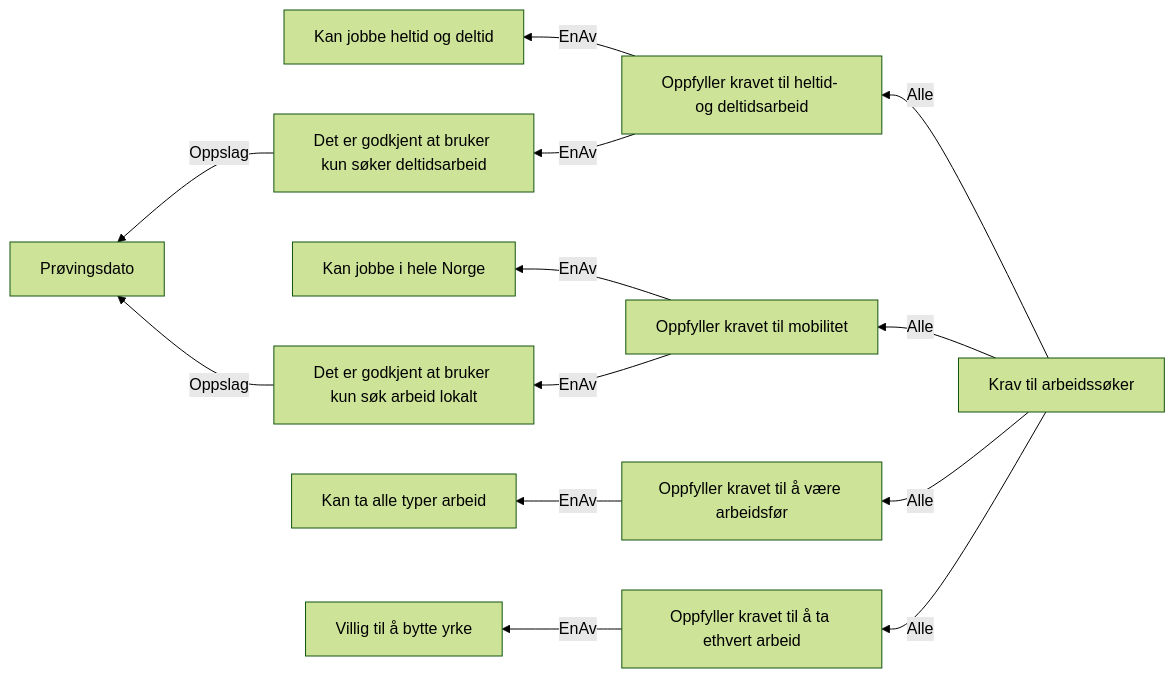
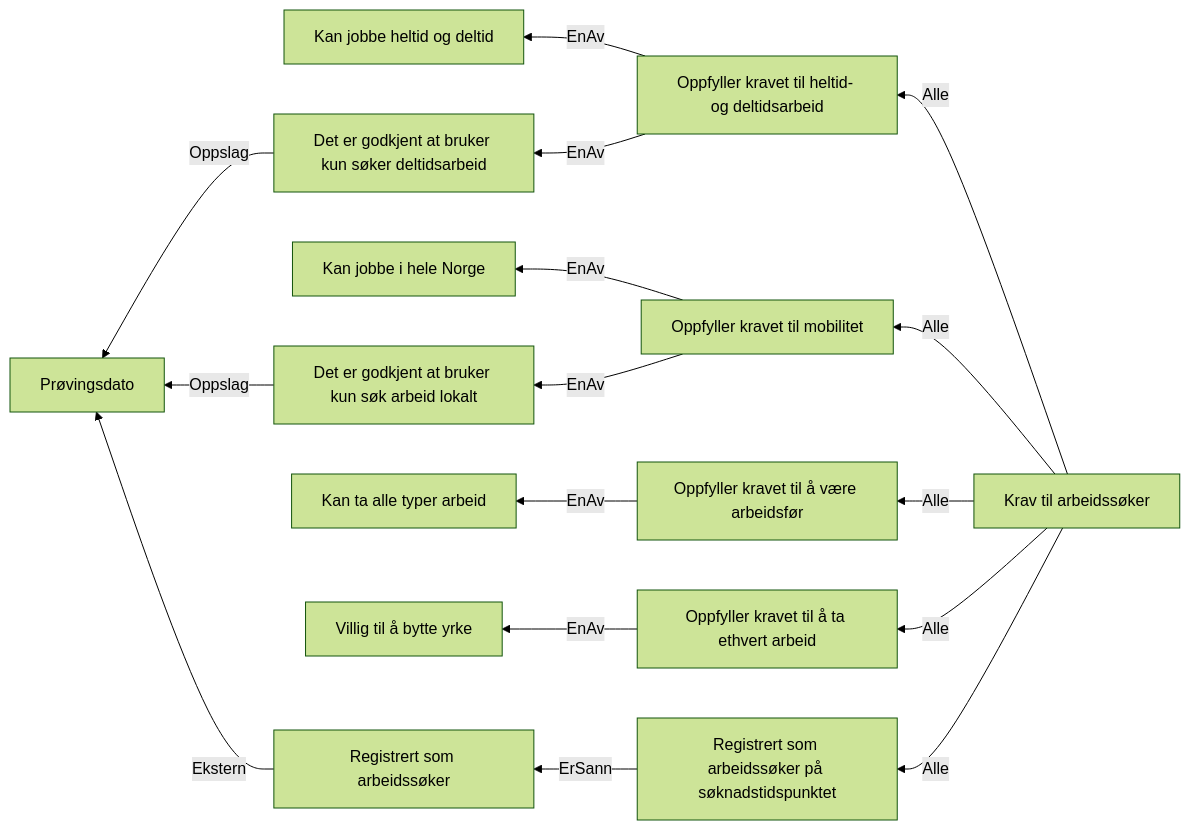
Before and after one commit to navikt/dp-vedtak: the diagram in docs/regler/§ 4-5. Reelle arbeidssøkere.approved.md, drawn with Mermaid (forest theme). The commit also changed other lines of this file and 14 other files, not shown here.

Commit message:
Snu pilene i reell arbeidssøker og flytt registreringssjekk fra meldeplikt til reell arbeidssøker

````diff
--- a/docs/regler/§ 4-5. Reelle arbeidssøkere.approved.md
+++ b/docs/regler/§ 4-5. Reelle arbeidssøkere.approved.md
@@ -5,15 +5,18 @@
 ```mermaid
 graph RL
   A["Det er godkjent at bruker kun søker deltidsarbeid"] -->|"Oppslag"| B["Prøvingsdato"]
   C["Det er godkjent at bruker kun søk arbeid lokalt"] -->|"Oppslag"| B["Prøvingsdato"]
   D["Oppfyller kravet til heltid- og deltidsarbeid"] -->|"EnAv"| E["Kan jobbe heltid og deltid"]
   D["Oppfyller kravet til heltid- og deltidsarbeid"] -->|"EnAv"| A["Det er godkjent at bruker kun søker deltidsarbeid"]
   F["Oppfyller kravet til mobilitet"] -->|"EnAv"| G["Kan jobbe i hele Norge"]
   F["Oppfyller kravet til mobilitet"] -->|"EnAv"| C["Det er godkjent at bruker kun søk arbeid lokalt"]
   H["Oppfyller kravet til å være arbeidsfør"] -->|"EnAv"| I["Kan ta alle typer arbeid"]
   J["Oppfyller kravet til å ta ethvert arbeid"] -->|"EnAv"| K["Villig til å bytte yrke"]
-  L["Krav til arbeidssøker"] -->|"Alle"| D["Oppfyller kravet til heltid- og deltidsarbeid"]
-  L["Krav til arbeidssøker"] -->|"Alle"| F["Oppfyller kravet til mobilitet"]
-  L["Krav til arbeidssøker"] -->|"Alle"| H["Oppfyller kravet til å være arbeidsfør"]
-  L["Krav til arbeidssøker"] -->|"Alle"| J["Oppfyller kravet til å ta ethvert arbeid"]
+  L["Registrert som arbeidssøker"] -->|"Ekstern"| B["Prøvingsdato"]
+  M["Registrert som arbeidssøker på søknadstidspunktet"] -->|"ErSann"| L["Registrert som arbeidssøker"]
+  N["Krav til arbeidssøker"] -->|"Alle"| D["Oppfyller kravet til heltid- og deltidsarbeid"]
+  N["Krav til arbeidssøker"] -->|"Alle"| F["Oppfyller kravet til mobilitet"]
+  N["Krav til arbeidssøker"] -->|"Alle"| H["Oppfyller kravet til å være arbeidsfør"]
+  N["Krav til arbeidssøker"] -->|"Alle"| J["Oppfyller kravet til å ta ethvert arbeid"]
+  N["Krav til arbeidssøker"] -->|"Alle"| M["Registrert som arbeidssøker på søknadstidspunktet"]
 ```
````
